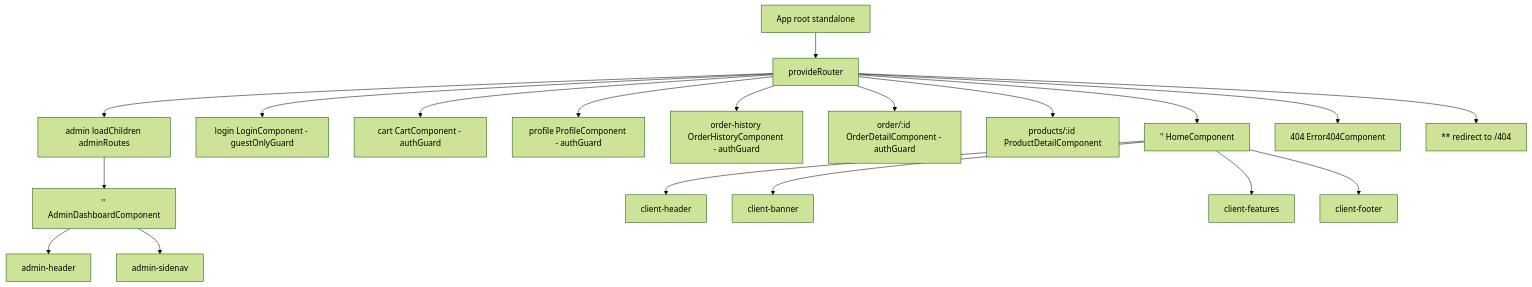
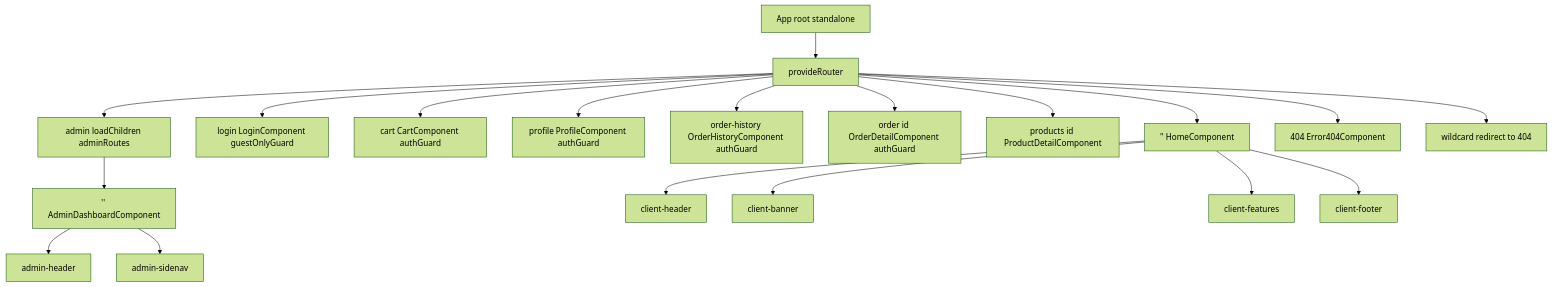
The first of 3 diagrams in 02_Wiki/03_Architecture/laptop-shop-angular_Architecture.md (nhatnv2-vnext/llm-wiki), drawn with Mermaid (forest theme) before and after one commit. The commit also changed other lines of this file and 16 other files, not shown here.

````diff
--- a/02_Wiki/03_Architecture/laptop-shop-angular_Architecture.md
+++ b/02_Wiki/03_Architecture/laptop-shop-angular_Architecture.md
@@ -78,24 +71,24 @@
 ```mermaid
 graph TD
     Root[App root standalone] --> Router[provideRouter]
 
     Router --> Home["'' HomeComponent"]
-    Router --> Login["login LoginComponent - guestOnlyGuard"]
-    Router --> Cart["cart CartComponent - authGuard"]
-    Router --> Profile["profile ProfileComponent - authGuard"]
-    Router --> OrderHistory["order-history OrderHistoryComponent - authGuard"]
-    Router --> OrderDetail["order/:id OrderDetailComponent - authGuard"]
-    Router --> ProductDetail["products/:id ProductDetailComponent"]
+    Router --> Login["login LoginComponent guestOnlyGuard"]
+    Router --> Cart["cart CartComponent authGuard"]
+    Router --> Profile["profile ProfileComponent authGuard"]
+    Router --> OrderHistory["order-history OrderHistoryComponent authGuard"]
+    Router --> OrderDetail["order id OrderDetailComponent authGuard"]
+    Router --> ProductDetail["products id ProductDetailComponent"]
     Router --> Admin["admin loadChildren adminRoutes"]
     Router --> NotFound["404 Error404Component"]
-    Router --> Wildcard["** redirect to /404"]
+    Router --> Wildcard["wildcard redirect to 404"]
 
     Admin --> AdminDash["'' AdminDashboardComponent"]
     AdminDash --> AdminHeader[admin-header]
     AdminDash --> AdminSidenav[admin-sidenav]
 
     Home --> ClientHeader[client-header]
     Home --> ClientBanner[client-banner]
     Home --> ClientFeatures[client-features]
     Home --> ClientFooter[client-footer]
 ```
````
